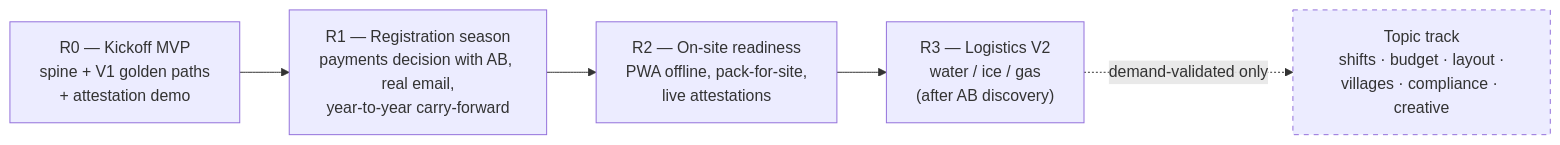
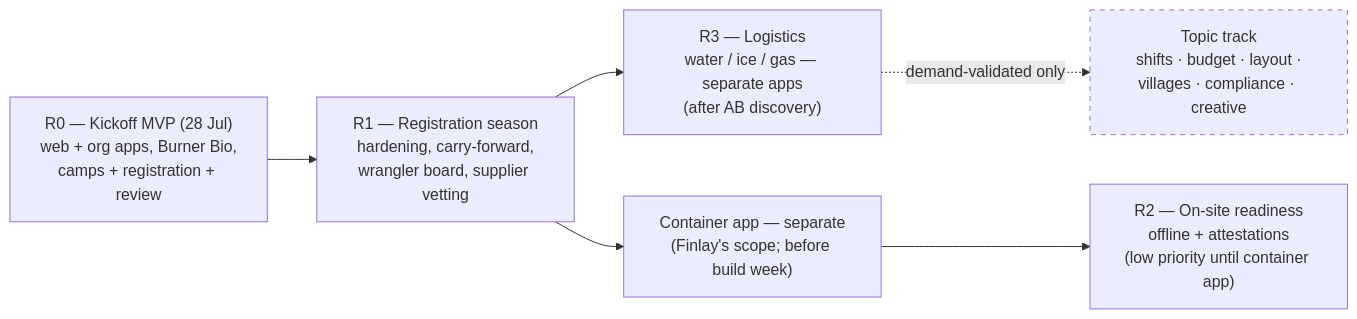
One commit to RyRy79261/afrikaburn-contributors-app changed diagram 12 of 12 in README.md. Above: the diagram before and after it, drawn with Mermaid. The commit also changed other lines of this file and 3 other files, not shown here.

First line of the commit message:
Encode working-group decisions of 23 Jul: containers to separate app, org app split, MIT, 2027 dates

````diff
--- a/README.md
+++ b/README.md
@@ -373,13 +376,15 @@
 ```mermaid
 flowchart LR
-    R0["R0 — Kickoff MVP<br/>spine + V1 golden paths<br/>+ attestation demo"]
-    R1["R1 — Registration season<br/>payments decision with AB, real email,<br/>year-to-year carry-forward"]
-    R2["R2 — On-site readiness<br/>PWA offline, pack-for-site,<br/>live attestations"]
-    R3["R3 — Logistics V2<br/>water / ice / gas<br/>(after AB discovery)"]
+    R0["R0 — Kickoff MVP (28 Jul)<br/>web + org apps, Burner Bio,<br/>camps + registration + review"]
+    R1["R1 — Registration season<br/>hardening, carry-forward,<br/>wrangler board, supplier vetting"]
+    CAPP["Container app — separate<br/>(Finlay's scope; before build week)"]
+    R2["R2 — On-site readiness<br/>offline + attestations<br/>(low priority until container app)"]
+    R3["R3 — Logistics<br/>water / ice / gas — separate apps<br/>(after AB discovery)"]
     T["Topic track<br/>shifts · budget · layout ·<br/>villages · compliance · creative"]
 
-    R0 --> R1 --> R2 --> R3
+    R0 --> R1 --> R3
+    R1 --> CAPP --> R2
     R3 -.->|"demand-validated only"| T
 
     style T stroke-dasharray: 5 5
 ```
````
